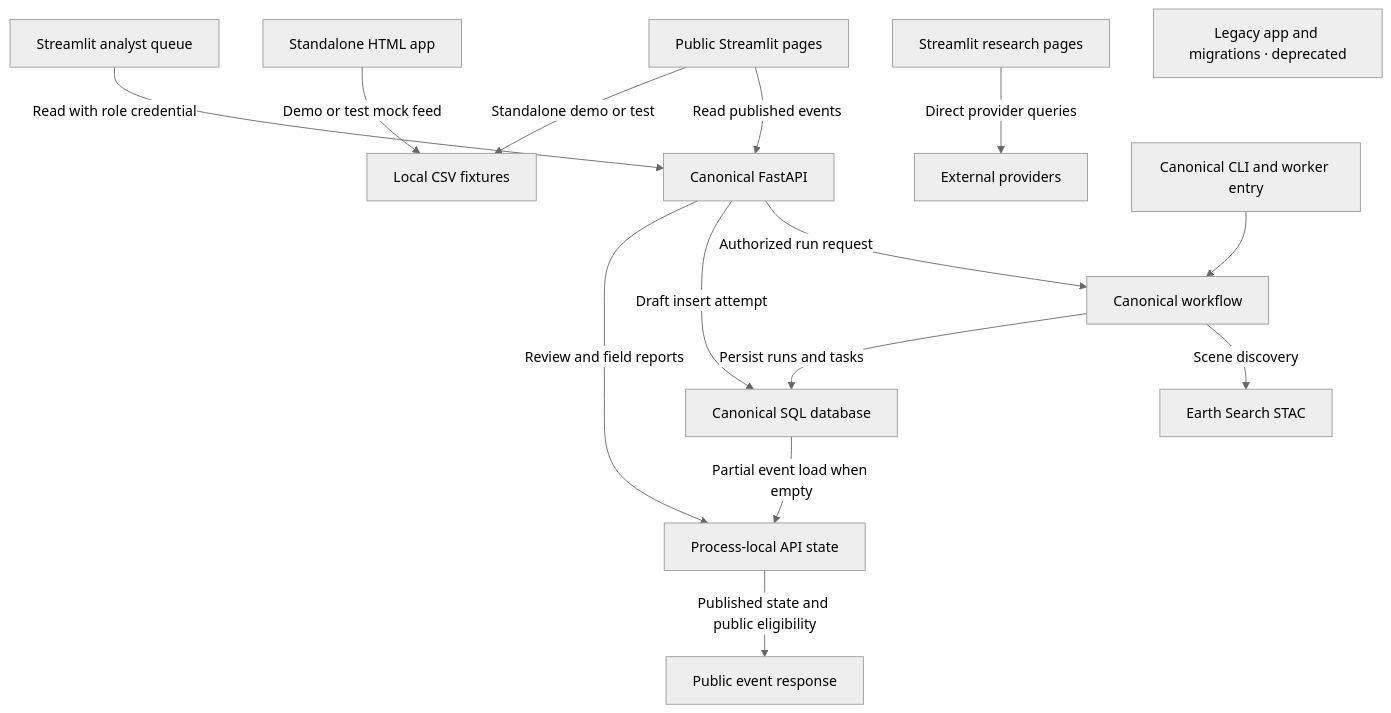
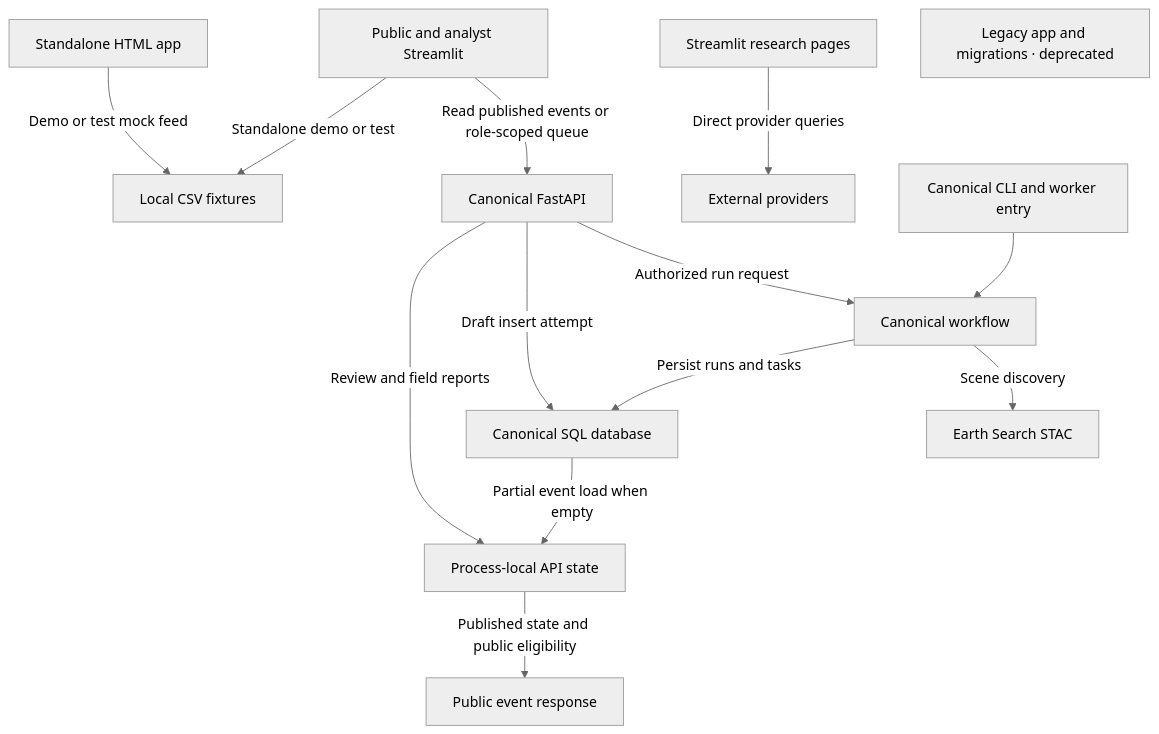
One commit to afaq-ahmad/pakistan-flood-monitor changed the diagram in docs/architecture.md. Above: the diagram before and after it, drawn with Mermaid (neutral theme). The commit also changed other lines of this file and 9 other files, not shown here.

Commit message:
docs(ENG-001): verify publication, reporting and recovery flows

````diff
--- a/docs/architecture.md
+++ b/docs/architecture.md
@@ -25,17 +25,16 @@
 ```mermaid
 flowchart TB
-    Visitor["Public Streamlit pages"] -->|Read published events| API["Canonical FastAPI"]
-    Visitor -->|Standalone demo or test| Local["Local CSV fixtures"]
+    Streamlit["Public and analyst Streamlit"] -->|Read published events or role-scoped queue| API["Canonical FastAPI"]
+    Streamlit -->|Standalone demo or test| Local["Local CSV fixtures"]
     HTML["Standalone HTML app"] -->|Demo or test mock feed| Local
-    Analyst["Streamlit analyst queue"] -->|Read with role credential| API
     Research["Streamlit research pages"] -->|Direct provider queries| Providers["External providers"]
     CLI["Canonical CLI and worker entry"] --> Workflow["Canonical workflow"]
     API -->|Authorized run request| Workflow
     Workflow -->|Scene discovery| STAC["Earth Search STAC"]
     Workflow -->|Persist runs and tasks| SQL["Canonical SQL database"]
     API -->|Draft insert attempt| SQL
     API -->|Review and field reports| State["Process-local API state"]
     SQL -->|Partial event load when empty| State
     State -->|Published state and public eligibility| Feed["Public event response"]
     Legacy["Legacy app and migrations · deprecated"]
 ```
````
